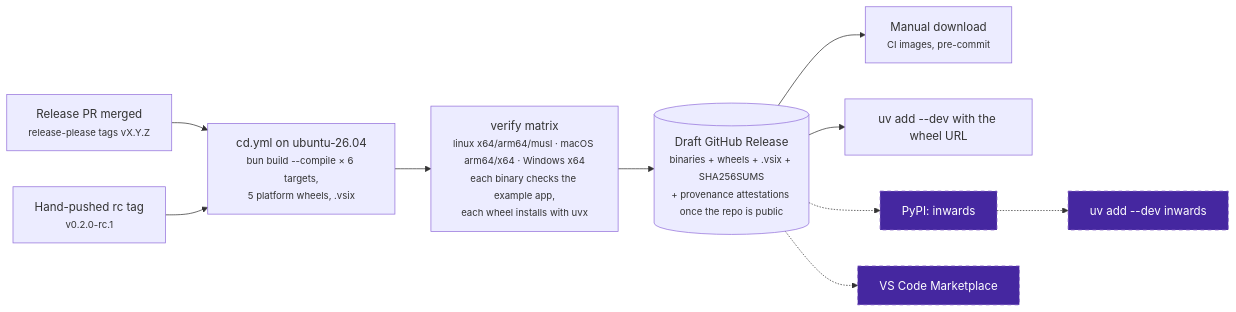
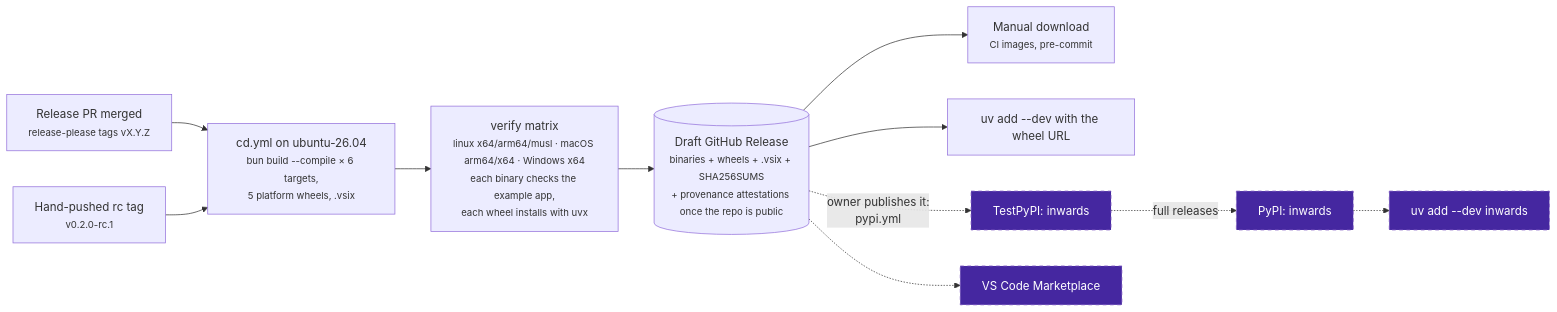
Before and after one commit to SirCypkowskyy/inwards: the sixth of 6 diagrams in docs/chapters/03-Architecture-C4.md, drawn with Mermaid. The commit also changed other lines of this file and 6 other files, not shown here.

````diff
--- a/docs/chapters/03-Architecture-C4.md
+++ b/docs/chapters/03-Architecture-C4.md
@@ -242,15 +242,16 @@
 ```mermaid
 flowchart LR
     pr["Release PR merged<br/><small>release-please tags vX.Y.Z</small>"] --> cd["cd.yml on ubuntu-26.04<br/><small>bun build --compile × 6 targets,<br/>5 platform wheels, .vsix</small>"]
     rc["Hand-pushed rc tag<br/><small>v0.2.0-rc.1</small>"] --> cd
     cd --> verify["verify matrix<br/><small>linux x64/arm64/musl · macOS arm64/x64 · Windows x64<br/>each binary checks the example app,<br/>each wheel installs with uvx</small>"]
     verify --> art[("Draft GitHub Release<br/><small>binaries + wheels + .vsix + SHA256SUMS<br/>+ provenance attestations once the repo is public</small>")]
     art --> manual["Manual download<br/><small>CI images, pre-commit</small>"]
     art --> uvurl["uv add --dev with the wheel URL"]
-    art -.-> pypi["PyPI: inwards"]
+    art -.->|"owner publishes it:<br/>pypi.yml"| testpypi["TestPyPI: inwards"]
+    testpypi -.->|full releases| pypi["PyPI: inwards"]
     pypi -.-> dev["uv add --dev inwards"]
     art -.-> market["VS Code Marketplace"]
 
     classDef planned fill:#4527a0,color:#fff,stroke:#7e57c2,stroke-dasharray:5 5
-    class pypi,dev,market planned
+    class testpypi,pypi,dev,market planned
 ```
````
